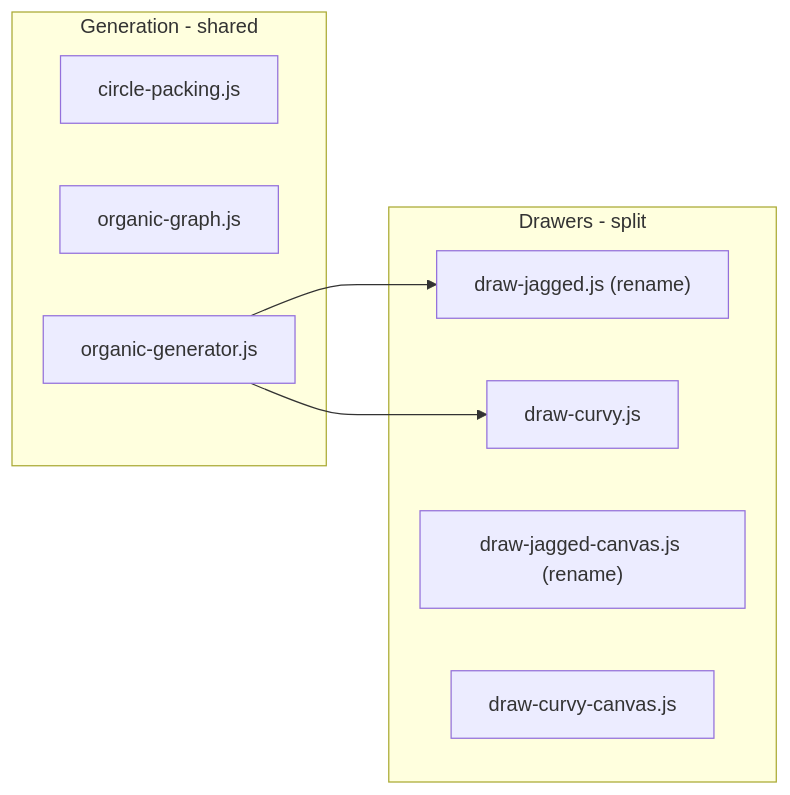
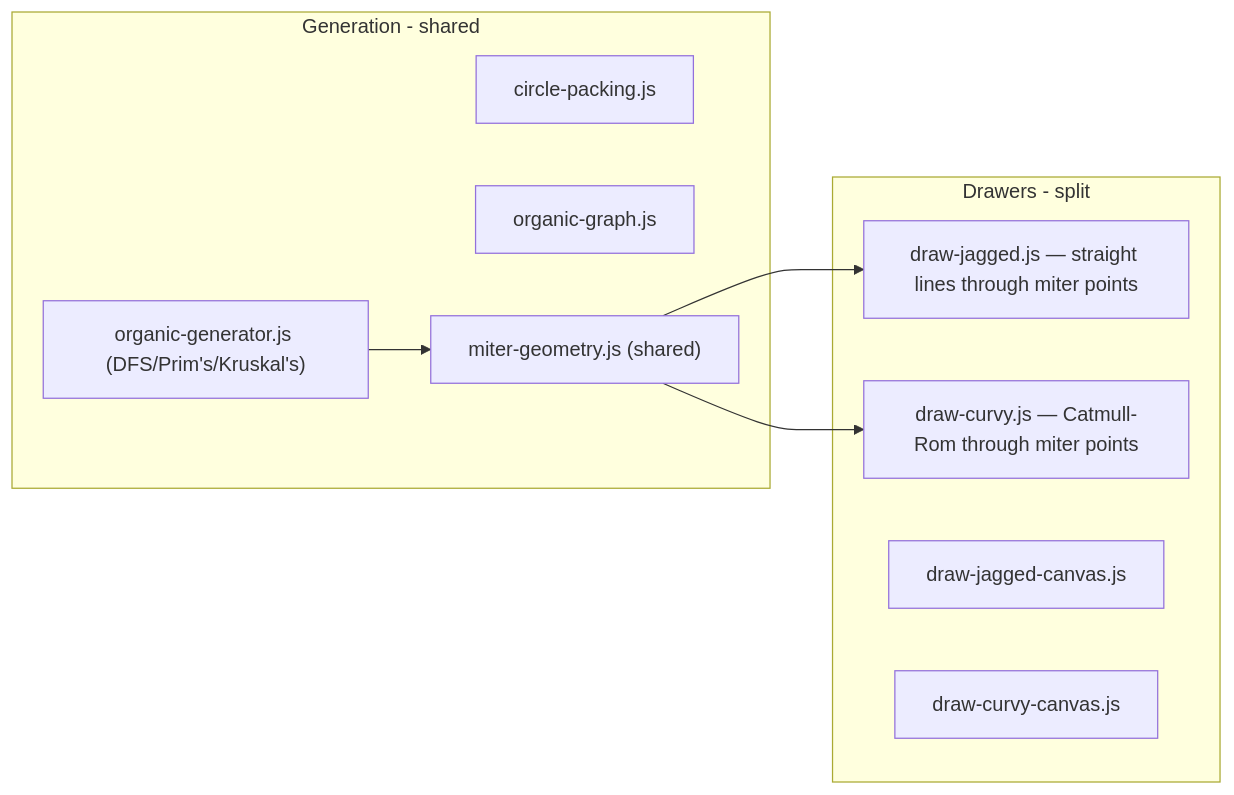
The first of 2 diagrams in .cursor/plans/organic_enhancements_plan_048eced4.plan.md (makernik/MazeMaker), drawn with Mermaid before and after one commit. The commit also changed other lines of this file and 2 other files, not shown here.

Commit message:
2 plans for organic maze enhancements - 'mitered joints' and curvy/dense fill.  Changes to be committed: 	modified:   .cursor/plans/organic_enhancements_plan_048eced4.plan.md 	new file:   .cursor/plans/organic_miter_joints_55529b00.plan.md 	modified:   src/pdf/drawers/draw-organic-canvas.js

````diff
--- a/.cursor/plans/organic_enhancements_plan_048eced4.plan.md
+++ b/.cursor/plans/organic_enhancements_plan_048eced4.plan.md
@@ -94,16 +129,18 @@
 ```mermaid
 flowchart LR
   subgraph gen [Generation - shared]
     CirclePack[circle-packing.js]
     Graph[organic-graph.js]
-    DFS[organic-generator.js]
+    Carve["organic-generator.js (DFS/Prim's/Kruskal's)"]
+    MiterGeom["miter-geometry.js (shared)"]
   end
   subgraph draw [Drawers - split]
-    DrawJagged["draw-jagged.js (rename)"]
-    DrawCurvy[draw-curvy.js]
-    DrawJaggedCanvas["draw-jagged-canvas.js (rename)"]
-    DrawCurvyCanvas[draw-curvy-canvas.js]
+    DrawJagged["draw-jagged.js — straight lines through miter points"]
+    DrawCurvy["draw-curvy.js — Catmull-Rom through miter points"]
+    DrawJaggedCanvas["draw-jagged-canvas.js"]
+    DrawCurvyCanvas["draw-curvy-canvas.js"]
   end
-  DFS --> DrawJagged
-  DFS --> DrawCurvy
+  Carve --> MiterGeom
+  MiterGeom --> DrawJagged
+  MiterGeom --> DrawCurvy
 ```
````
